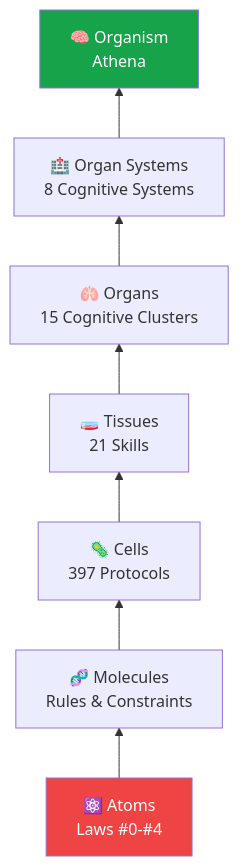
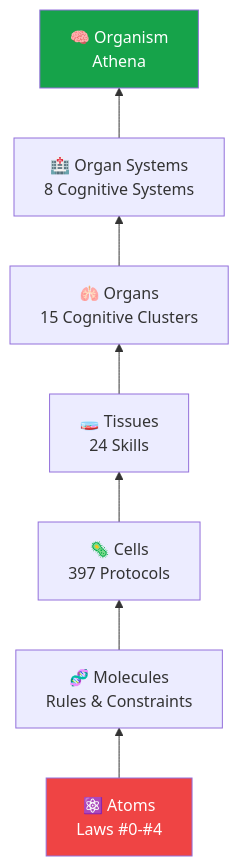
One commit to agent-memory-atlas-archive/winstonkoh87--Athena-Public changed the second of 9 diagrams in docs/ARCHITECTURE.md. Above: the diagram before and after it, drawn with Mermaid. The commit also changed other lines of this file and 5 other files, not shown here.

Commit message:
feat(architecture): v9.4.3 — GTO audit, skills 21→24, 5 protocols archived

````diff
--- a/docs/ARCHITECTURE.md
+++ b/docs/ARCHITECTURE.md
@@ -137,12 +137,12 @@
 ```mermaid
 graph BT
     L1["⚛️ Atoms<br/>Laws #0-#4"] --> L2["🧬 Molecules<br/>Rules & Constraints"]
     L2 --> L3["🦠 Cells<br/>397 Protocols"]
-    L3 --> L4["🧫 Tissues<br/>21 Skills"]
+    L3 --> L4["🧫 Tissues<br/>24 Skills"]
     L4 --> L5["🫁 Organs<br/>15 Cognitive Clusters"]
     L5 --> L6["🏥 Organ Systems<br/>8 Cognitive Systems"]
     L6 --> L7["🧠 Organism<br/>Athena"]
 
     style L1 fill:#ef4444,color:#fff
     style L7 fill:#16a34a,color:#fff
 ```
````
